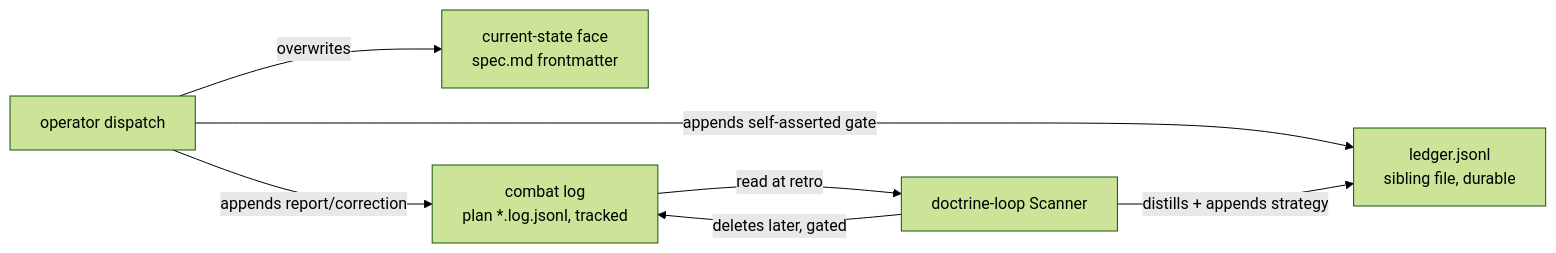
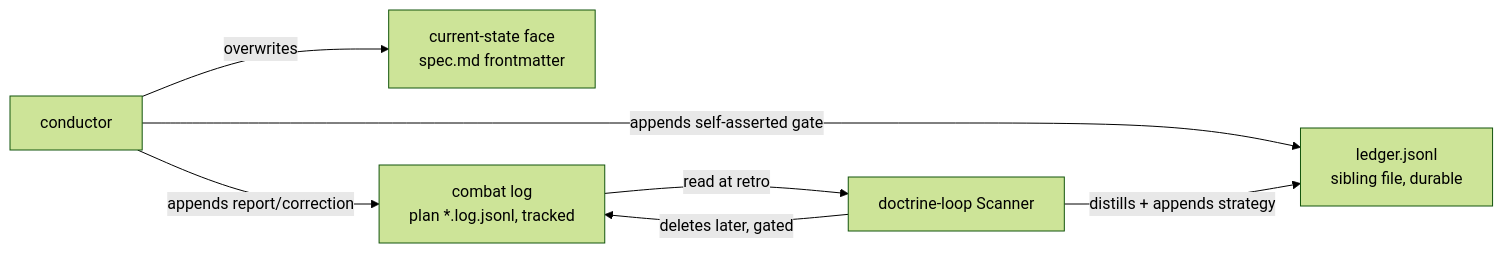
Before and after one commit to cyberuni/cyber-sdd: the diagram in .agents/specs/sdd/design/provenance-model.md, drawn with Mermaid (forest theme). The commit also changed other lines of this file and 7 other files, not shown here.

````diff
--- a/.agents/specs/sdd/design/provenance-model.md
+++ b/.agents/specs/sdd/design/provenance-model.md
@@ -89,9 +89,9 @@
 ```mermaid
 flowchart LR
-  disp[operator dispatch] -->|overwrites| state[current-state face<br/>spec.md frontmatter]
+  disp[conductor] -->|overwrites| state[current-state face<br/>spec.md frontmatter]
   disp -->|appends report/correction| clog[combat log<br/>plan *.log.jsonl, tracked]
   disp -->|appends self-asserted gate| ledger[ledger.jsonl<br/>sibling file, durable]
   clog -->|read at retro| scanner[doctrine-loop Scanner]
   scanner -->|distills + appends strategy| ledger
   scanner -->|deletes later, gated| clog
 ```
````
